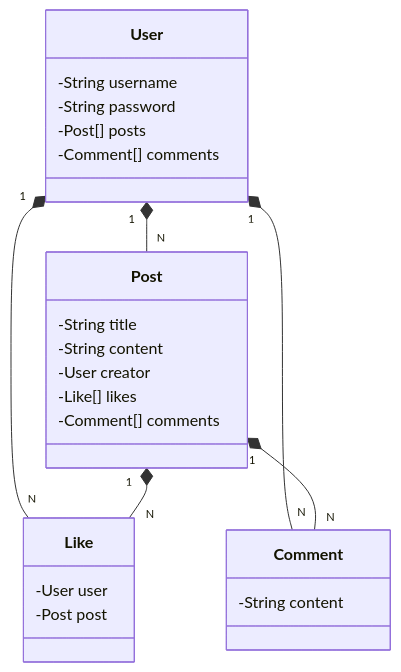
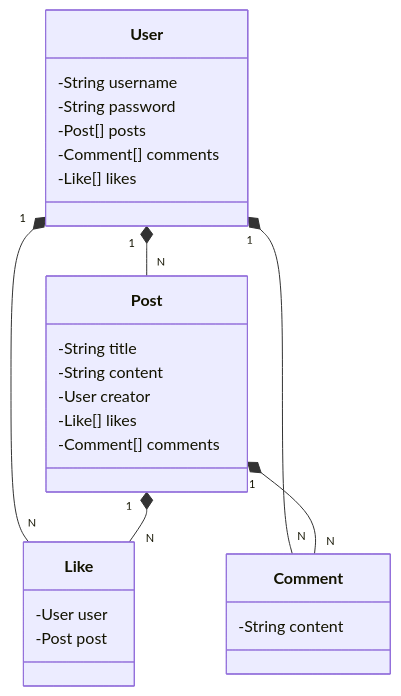
Before and after one commit to Nasc1mento/decola-tech-2025-restful-api: the diagram in README.md, drawn with Mermaid.

Commit message:
docs: add like to user in mermaid diagram

````diff
--- a/README.md
+++ b/README.md
@@ -5,33 +5,34 @@
 ``` mermaid
 classDiagram
   class User {
     -String username
     -String password
     -Post[] posts
     -Comment[] comments
+    -Like[] likes
   }
 
   class Post {
     -String title
     -String content
     -User creator
     -Like[] likes
     -Comment[] comments
   }
 
   class Comment {
     -String content
   }
 
   class Like {
     -User user
     -Post post
   }
 
   User "1" *-- "N" Post
   User "1" *-- "N" Like
   User "1" *-- "N" Comment
   Post "1" *-- "N" Like
   Post "1" *-- "N" Comment
 
 ``` 
````
